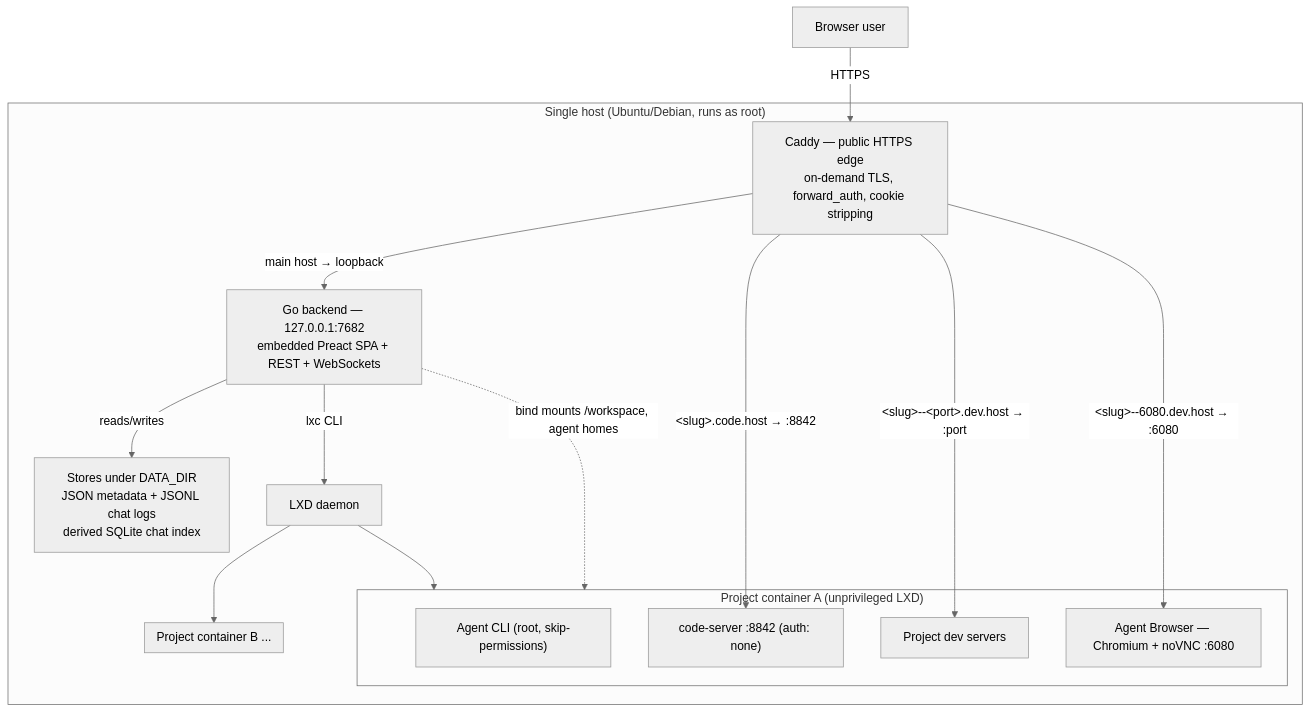
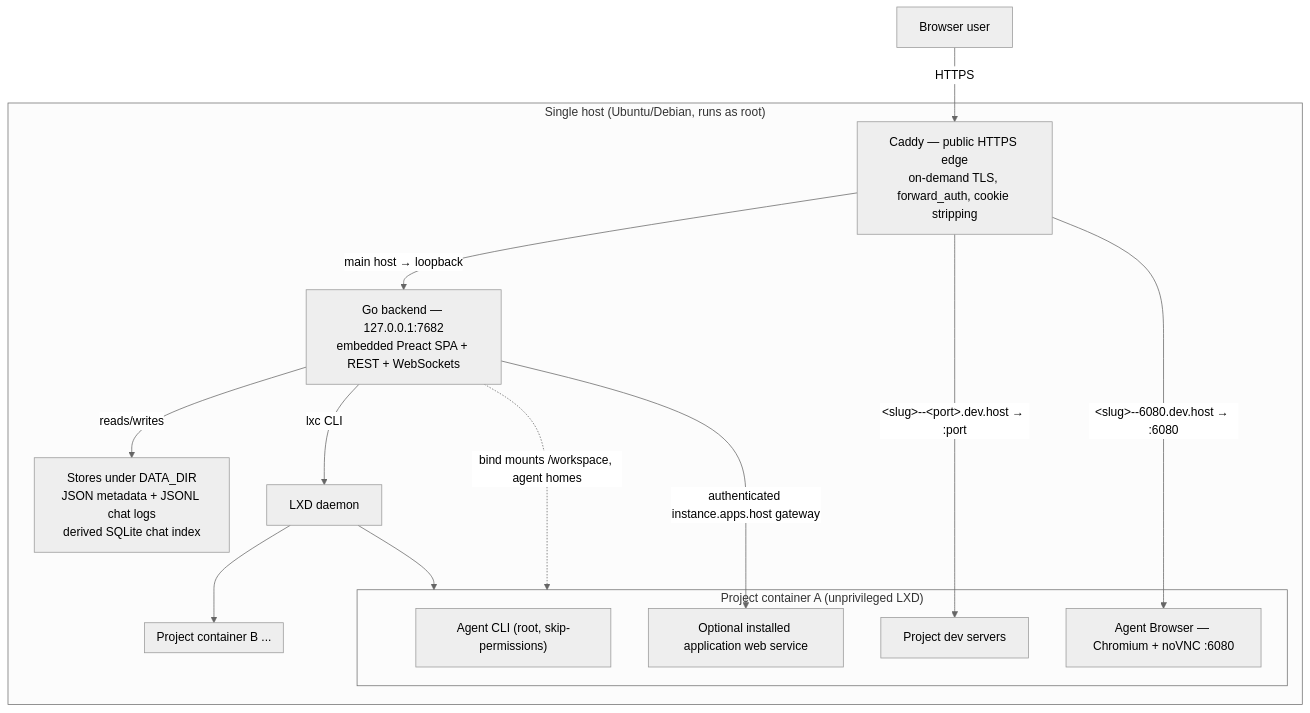
One commit to Ahmedwaleed22/remote.futrx changed the first of 2 diagrams in ARCHITECTURE.md. Above: the diagram before and after it, drawn with Mermaid (neutral theme). The commit also changed other lines of this file and 80 other files, not shown here.

First line of the commit message:
feat(code-server): replace built-in editor with an independent application

````diff
--- a/ARCHITECTURE.md
+++ b/ARCHITECTURE.md
@@ -18,31 +18,31 @@
 ```mermaid
 flowchart TB
     User["Browser user"]
 
     subgraph Host["Single host (Ubuntu/Debian, runs as root)"]
         Caddy["Caddy — public HTTPS edge<br/>on-demand TLS, forward_auth, cookie stripping"]
         Go["Go backend — 127.0.0.1:7682<br/>embedded Preact SPA + REST + WebSockets"]
         Stores["Stores under DATA_DIR<br/>JSON metadata + JSONL chat logs<br/>derived SQLite chat index"]
         LXD["LXD daemon"]
 
         subgraph C1["Project container A (unprivileged LXD)"]
             AgentA["Agent CLI (root, skip-permissions)"]
-            IDEA["code-server :8842 (auth: none)"]
+            AppWeb["Optional installed application web service"]
             AppA["Project dev servers"]
             BrowA["Agent Browser — Chromium + noVNC :6080"]
         end
         subgraph C2["Project container B ..."]
         end
     end
 
     User -->|HTTPS| Caddy
     Caddy -->|"main host → loopback"| Go
-    Caddy -->|"&lt;slug&gt;.code.host → :8842"| IDEA
+    Go -->|"authenticated instance.apps.host gateway"| AppWeb
     Caddy -->|"&lt;slug&gt;--&lt;port&gt;.dev.host → :port"| AppA
     Caddy -->|"&lt;slug&gt;--6080.dev.host → :6080"| BrowA
     Go -->|reads/writes| Stores
     Go -->|lxc CLI| LXD
     LXD --> C1
     LXD --> C2
     Go -.->|"bind mounts /workspace, agent homes"| C1
 ```
````
